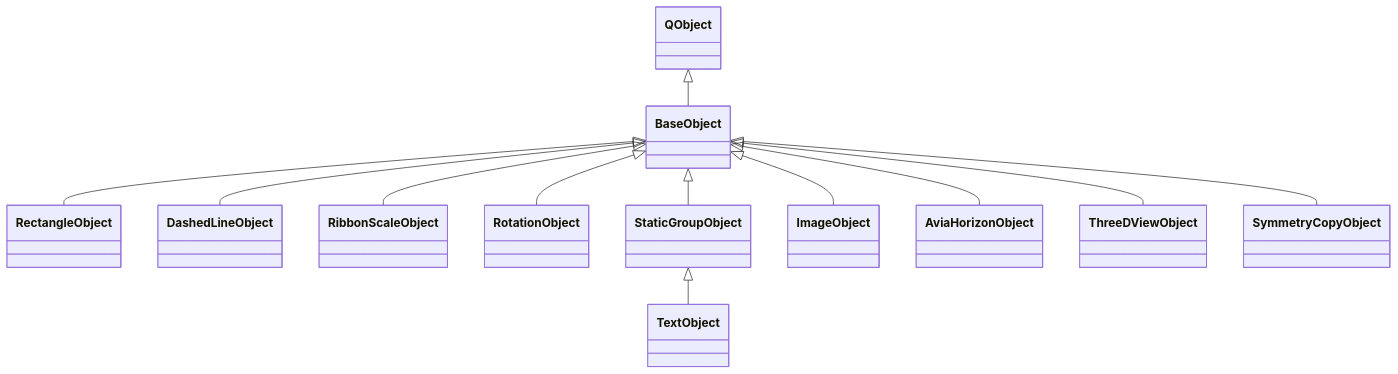
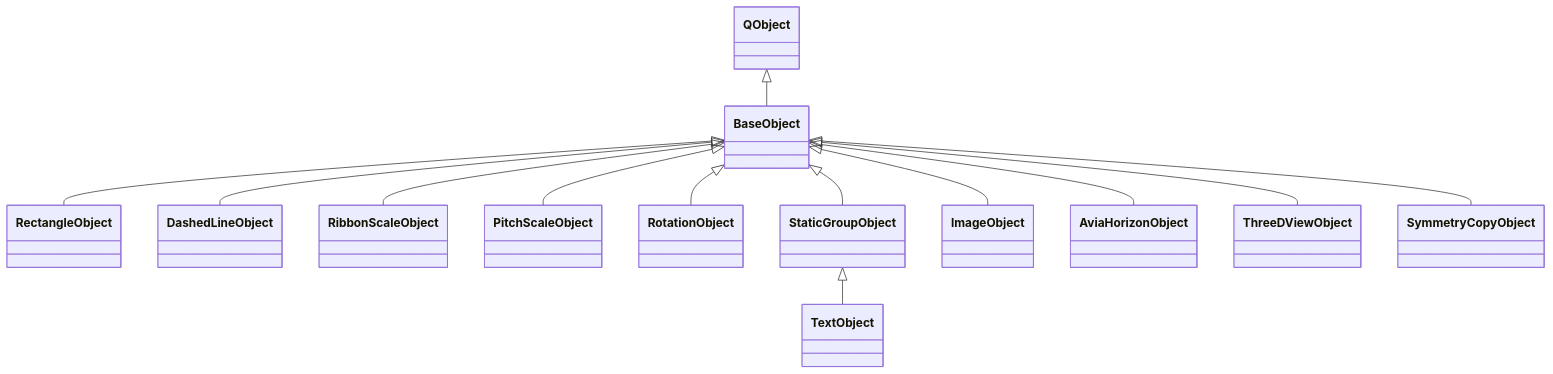
Before and after one commit to Hemaxa/AvionixDesigner: the diagram in help/03-objects-and-resources.md, drawn with Mermaid. The commit also changed other lines of this file and 29 other files, not shown here.

````diff
--- a/help/03-objects-and-resources.md
+++ b/help/03-objects-and-resources.md
@@ -22,14 +22,15 @@
 ```mermaid
 classDiagram
     QObject <|-- BaseObject
     BaseObject <|-- RectangleObject
     BaseObject <|-- DashedLineObject
     BaseObject <|-- RibbonScaleObject
+    BaseObject <|-- PitchScaleObject
     BaseObject <|-- RotationObject
     BaseObject <|-- StaticGroupObject
     StaticGroupObject <|-- TextObject
     BaseObject <|-- ImageObject
     BaseObject <|-- AviaHorizonObject
     BaseObject <|-- ThreeDViewObject
     BaseObject <|-- SymmetryCopyObject
 ```
````
